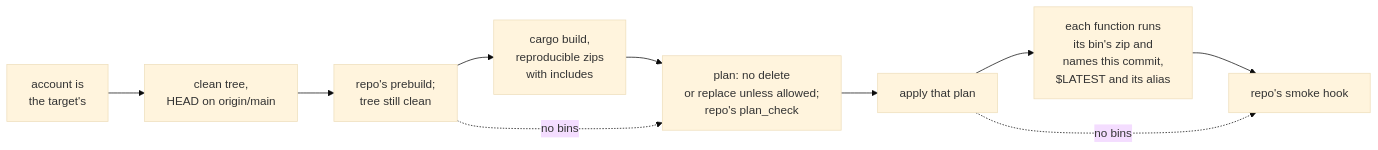
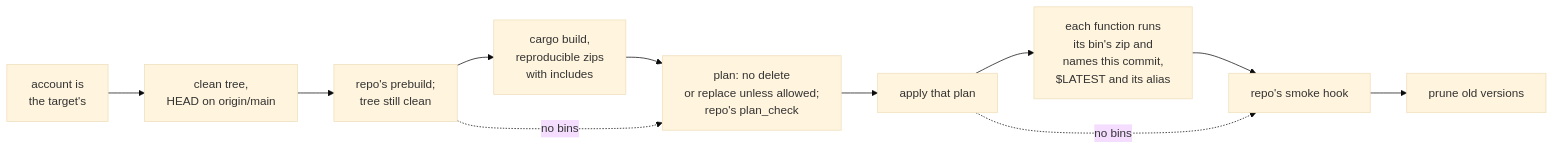
One commit to stackwell-labs/shared-terraform changed the third of 3 diagrams in README.md. Above: the diagram before and after it, drawn with Mermaid (base theme). The commit also changed other lines of this file and 3 other files, not shown here.

First line of the commit message:
deploy-lambda: prune a function's old Lambda versions after each deploy (shared-terraform#20)

````diff
--- a/README.md
+++ b/README.md
@@ -326,12 +328,13 @@
 ```mermaid
 flowchart LR
   A[account is<br>the target's] --> B[clean tree,<br>HEAD on origin/main]
   B --> P[repo's prebuild;<br>tree still clean]
   P --> C[cargo build,<br>reproducible zips<br>with includes]
   C --> D[plan: no delete<br>or replace unless allowed;<br>repo's plan_check]
   D --> E[apply that plan]
   E --> F[each function runs<br>its bin's zip and<br>names this commit,<br>$LATEST and its alias]
   F --> G[repo's smoke hook]
+  G --> H[prune old versions]
   P -. no bins .-> D
   E -. no bins .-> G
 ```
````
